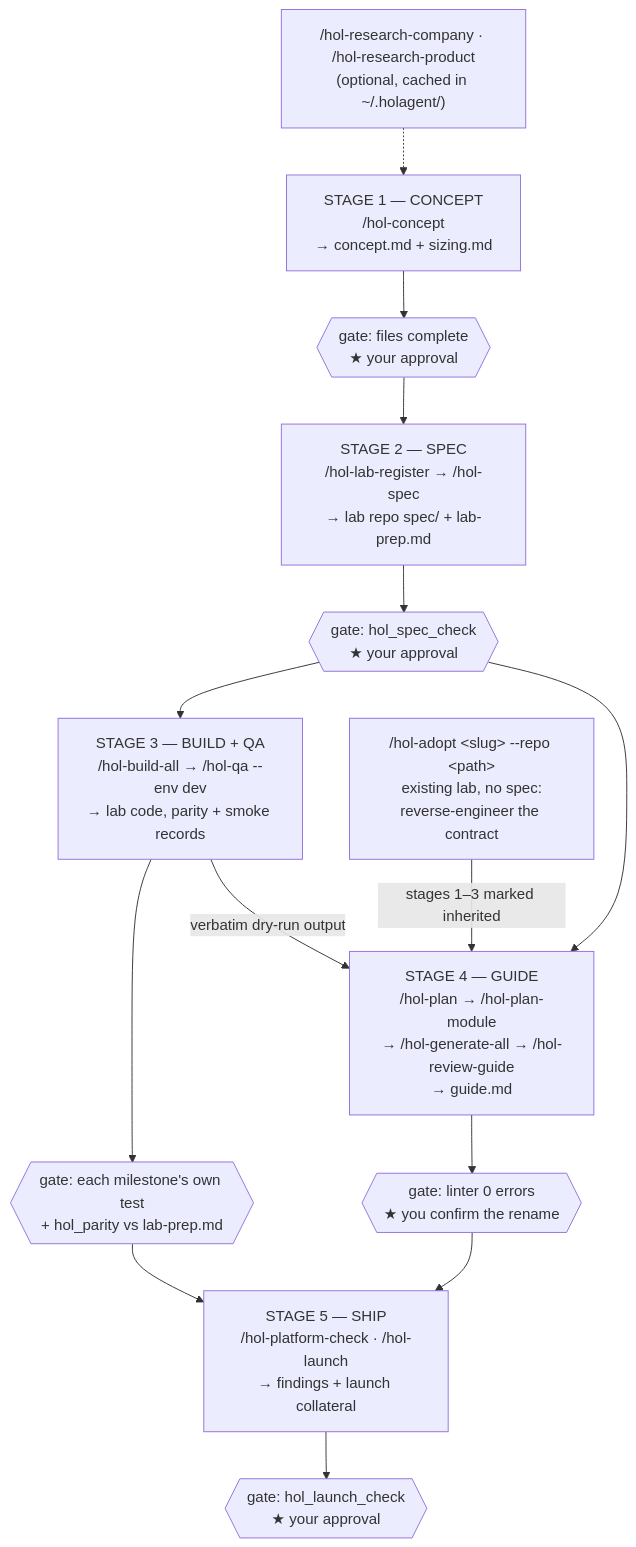
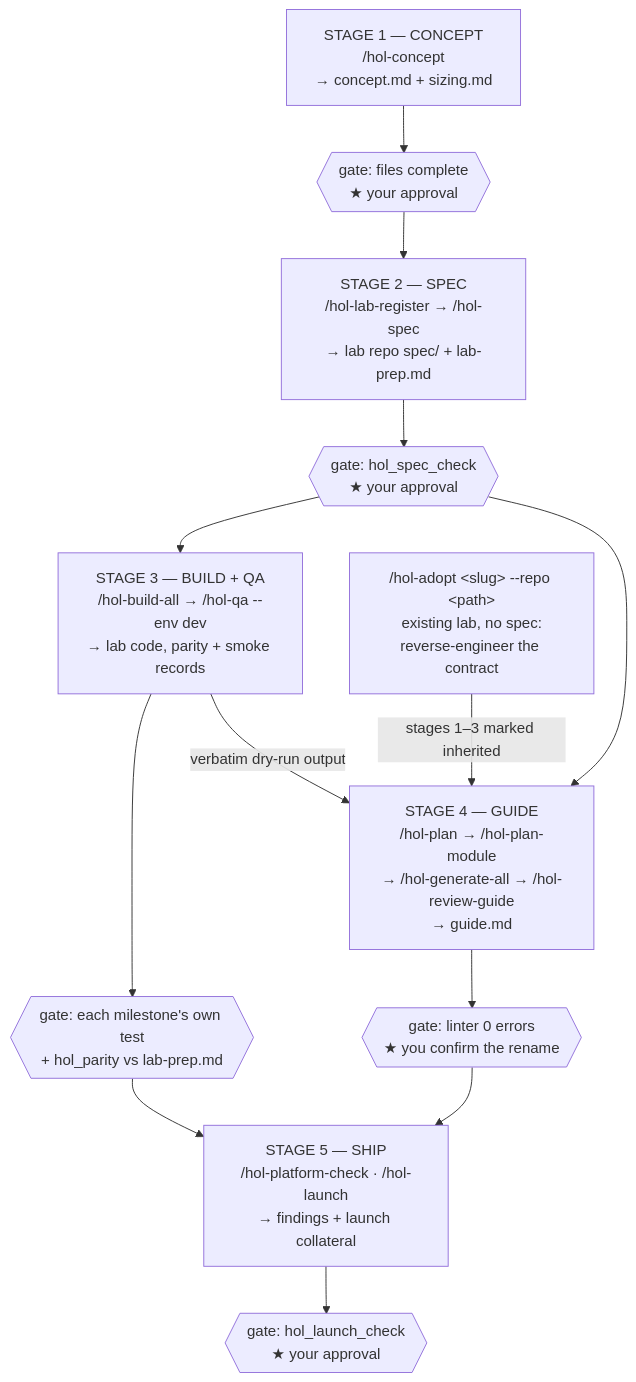
The first of 2 diagrams in holagent_description.md (buckleyconor/holagents), drawn with Mermaid before and after one commit. The commit also changed other lines of this file and 55 other files, not shown here.

First line of the commit message:
Remove research pipeline (company/product scraping)

````diff
--- a/holagent_description.md
+++ b/holagent_description.md
@@ -79,29 +79,26 @@
 ```mermaid
 flowchart TD
-    R["/hol-research-company · /hol-research-product<br/>(optional, cached in ~/.holagent/)"]
-
     S1["STAGE 1 — CONCEPT<br/>/hol-concept<br/>→ concept.md + sizing.md"]
     S2["STAGE 2 — SPEC<br/>/hol-lab-register → /hol-spec<br/>→ lab repo spec/ + lab-prep.md"]
     S3["STAGE 3 — BUILD + QA<br/>/hol-build-all → /hol-qa --env dev<br/>→ lab code, parity + smoke records"]
     S4["STAGE 4 — GUIDE<br/>/hol-plan → /hol-plan-module<br/>→ /hol-generate-all → /hol-review-guide<br/>→ guide.md"]
     S5["STAGE 5 — SHIP<br/>/hol-platform-check · /hol-launch<br/>→ findings + launch collateral"]
 
     ADOPT["/hol-adopt &lt;slug&gt; --repo &lt;path&gt;<br/>existing lab, no spec:<br/>reverse-engineer the contract"]
 
     G1{{"gate: files complete<br/>★ your approval"}}
     G2{{"gate: hol_spec_check<br/>★ your approval"}}
     G3{{"gate: each milestone's own test<br/>+ hol_parity vs lab-prep.md"}}
     G4{{"gate: linter 0 errors<br/>★ you confirm the rename"}}
     G5{{"gate: hol_launch_check<br/>★ your approval"}}
 
-    R -.-> S1
     S1 --> G1 --> S2 --> G2 --> S3
     G2 --> S4
     S3 --> G3
     S3 -- "verbatim dry-run output" --> S4
     S4 --> G4
     G3 --> S5
     G4 --> S5
     S5 --> G5
     ADOPT -- "stages 1–3 marked inherited" --> S4
 ```
````
